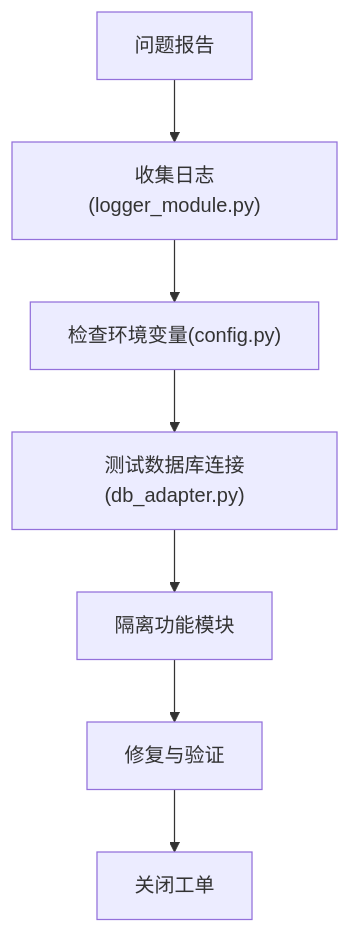
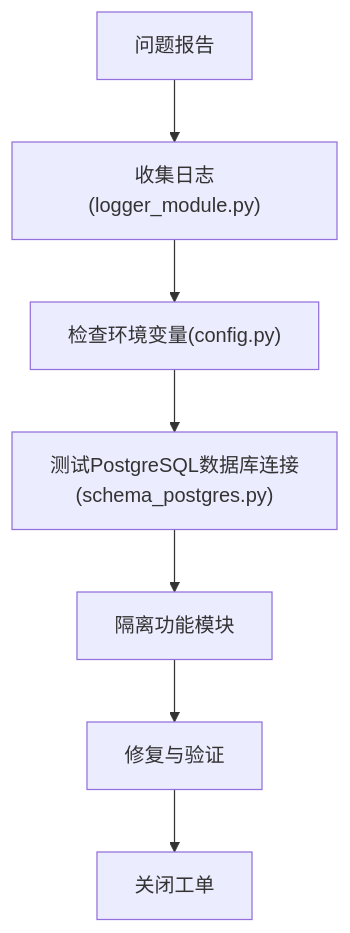
Diagram 13 of 14 in .qoder/repowiki/zh/content/部署运维.md (abokyoy/LectureLearnLoop), drawn with Mermaid before and after one commit. The commit also changed other lines of this file and 91 other files, not shown here.

````diff
--- a/.qoder/repowiki/zh/content/部署运维.md
+++ b/.qoder/repowiki/zh/content/部署运维.md
@@ -458,9 +412,9 @@
 ```mermaid
 flowchart TD
 Issue["问题报告"] --> CollectLogs["收集日志(logger_module.py)"]
 CollectLogs --> CheckEnv["检查环境变量(config.py)"]
-CheckEnv --> TestDB["测试数据库连接(db_adapter.py)"]
-TestDB --> Isolate["隔离功能模块"]
+CheckEnv --> TestPG["测试PostgreSQL数据库连接(schema_postgres.py)"]
+TestPG --> Isolate["隔离功能模块"]
 Isolate --> Fix["修复与验证"]
 Fix --> Close["关闭工单"]
 ```
````
